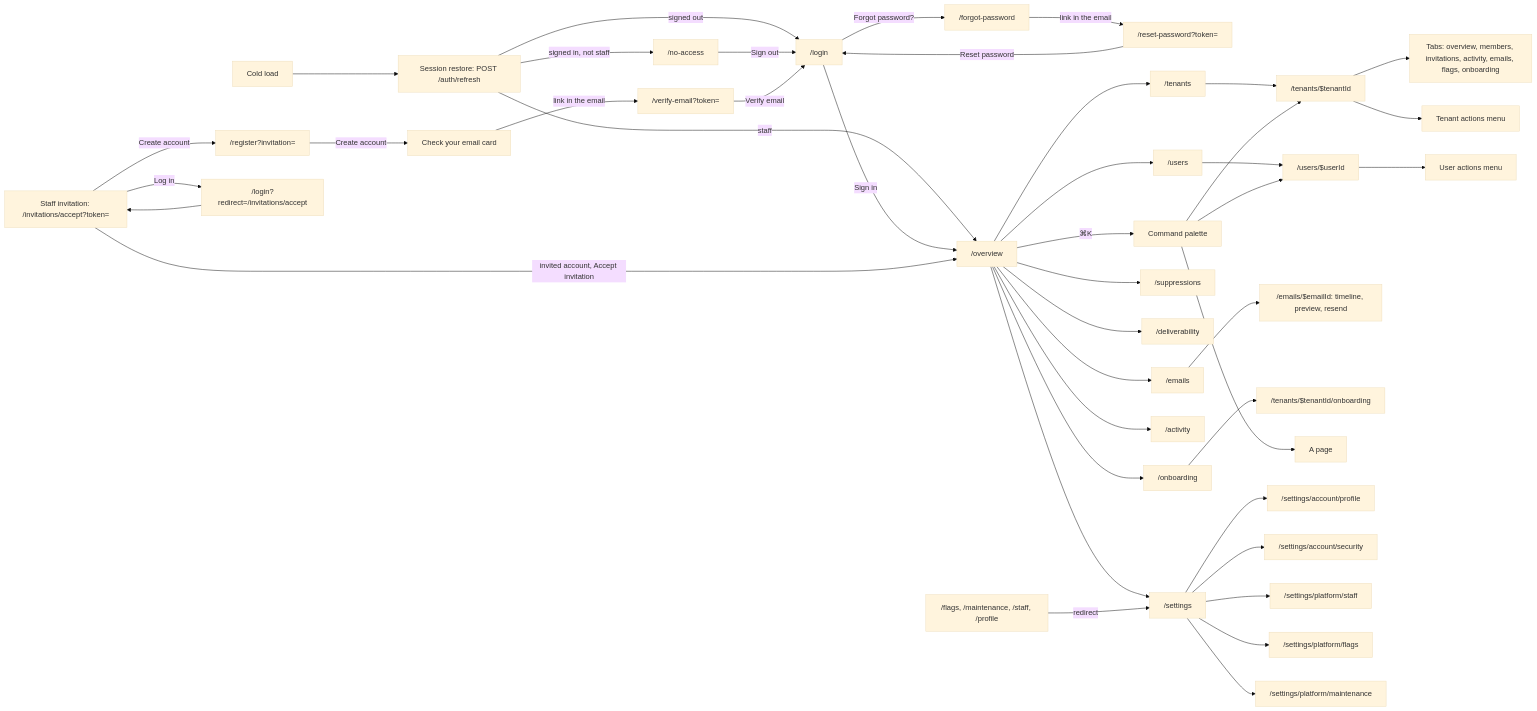
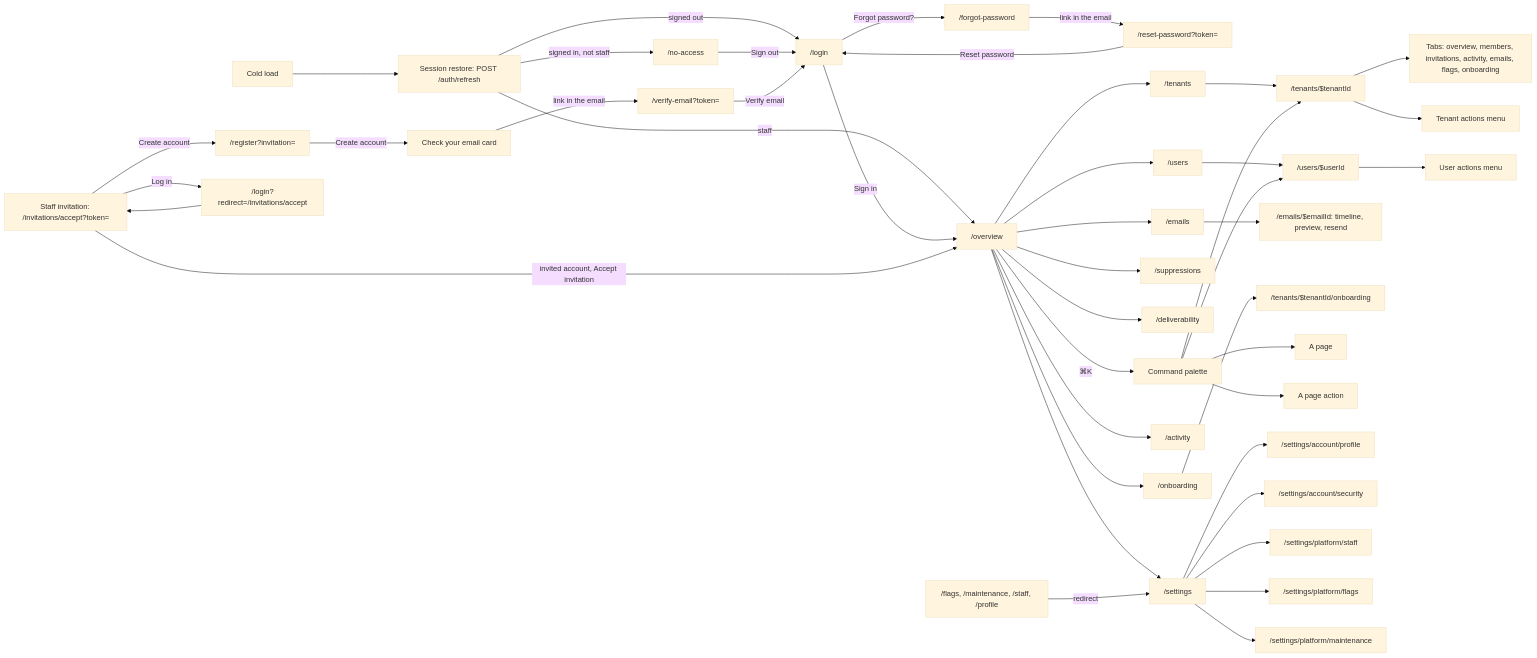
The diagram in docs/pages/README.md (mahaverick/apex-boilerplate), drawn with Mermaid (base theme) before and after one commit. The commit also changed 67 other files, not shown here.

Commit message:
feat(palette): move the palette onto the shared shell, with page actions and recents (#79)

````diff
--- a/docs/pages/README.md
+++ b/docs/pages/README.md
@@ -77,52 +77,53 @@
 ```mermaid
 flowchart LR
   cold["Cold load"] --> restore["Session restore: POST /auth/refresh"]
   restore -->|signed out| login["/login"]
   restore -->|signed in, not staff| noAccess["/no-access"]
   restore -->|staff| overview["/overview"]
   login -->|Sign in| overview
   noAccess -->|Sign out| login
 
   invite["Staff invitation: /invitations/accept?token="] -->|Create account| register["/register?invitation="]
   register -->|Create account| check["Check your email card"]
   check -->|link in the email| verify["/verify-email?token="]
   verify -->|Verify email| login
   invite -->|Log in| loginBack["/login?redirect=/invitations/accept"]
   loginBack --> invite
   invite -->|invited account, Accept invitation| overview
 
   login -->|Forgot password?| forgot["/forgot-password"]
   forgot -->|link in the email| reset["/reset-password?token="]
   reset -->|Reset password| login
 
   overview --> tenants["/tenants"]
   tenants --> tenant["/tenants/$tenantId"]
   tenant --> tenantTabs["Tabs: overview, members, invitations, activity, emails, flags, onboarding"]
   tenant --> tenantActions["Tenant actions menu"]
 
   overview --> users["/users"]
   users --> user["/users/$userId"]
   user --> userActions["User actions menu"]
 
   overview --> emails["/emails"]
   emails --> email["/emails/$emailId: timeline, preview, resend"]
   overview --> suppressions["/suppressions"]
   overview --> deliverability["/deliverability"]
   overview --> onboarding["/onboarding"]
   onboarding --> tenantOnboarding["/tenants/$tenantId/onboarding"]
   overview --> activity["/activity"]
 
   overview -->|⌘K| palette["Command palette"]
   palette --> page["A page"]
   palette --> tenant
   palette --> user
+  palette --> action["A page action"]
 
   overview --> settings["/settings"]
   settings --> profile["/settings/account/profile"]
   settings --> security["/settings/account/security"]
   settings --> staff["/settings/platform/staff"]
   settings --> flags["/settings/platform/flags"]
   settings --> maintenance["/settings/platform/maintenance"]
 
   legacy["/flags, /maintenance, /staff, /profile"] -->|redirect| settings
 ```
````
